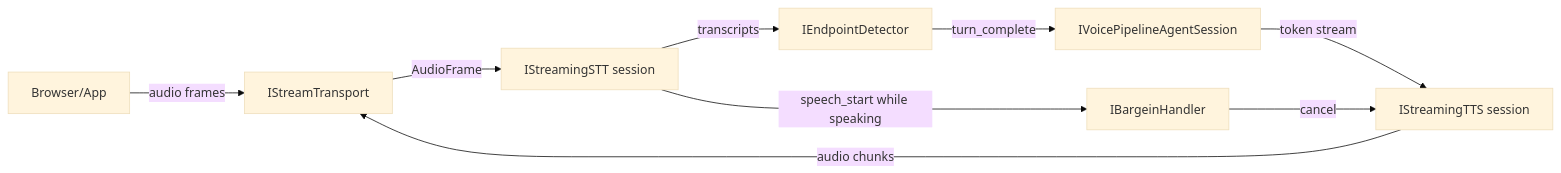
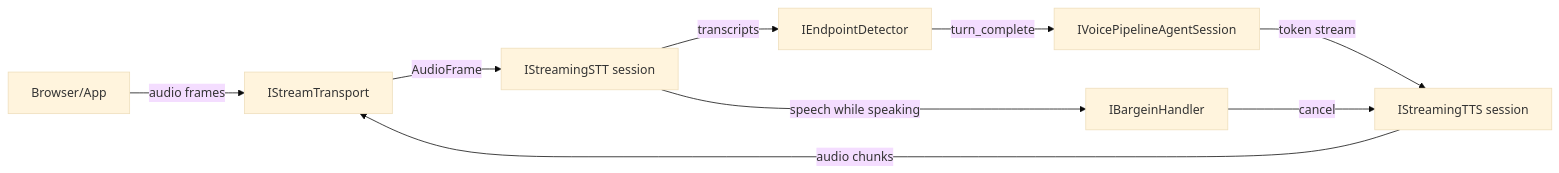
One commit to framerslab/agentos changed the first of 2 diagrams in docs/features/VOICE_PIPELINE.md. Above: the diagram before and after it, drawn with Mermaid (base theme). The commit also changed other lines of this file and 4 other files, not shown here.

````diff
--- a/docs/features/VOICE_PIPELINE.md
+++ b/docs/features/VOICE_PIPELINE.md
@@ -12,11 +12,11 @@
 ```mermaid
 graph LR
     Client[Browser/App] -->|audio frames| Transport[IStreamTransport]
     Transport -->|AudioFrame| STT[IStreamingSTT session]
     STT -->|transcripts| Endpoint[IEndpointDetector]
     Endpoint -->|turn_complete| Agent[IVoicePipelineAgentSession]
     Agent -->|token stream| TTS[IStreamingTTS session]
     TTS -->|audio chunks| Transport
-    STT -->|speech_start while speaking| Bargein[IBargeinHandler]
+    STT -->|speech while speaking| Bargein[IBargeinHandler]
     Bargein -->|cancel| TTS
 ```
````
